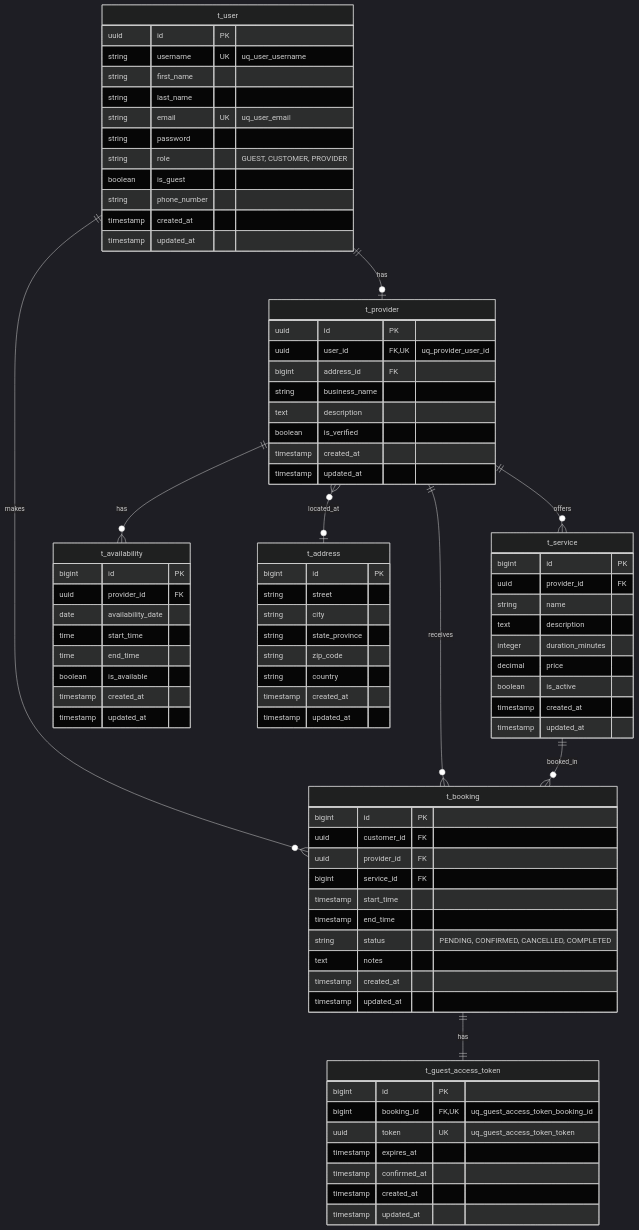
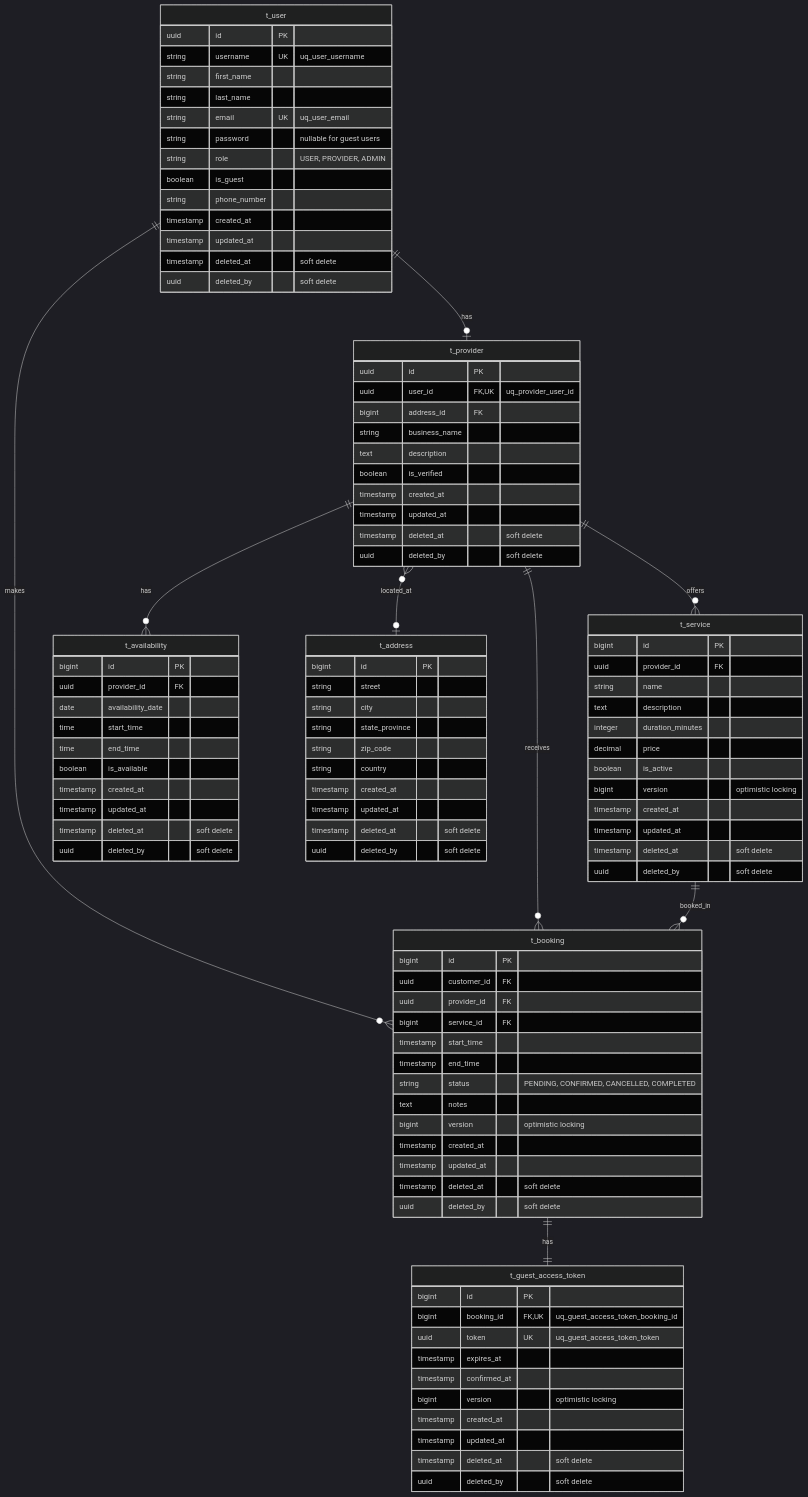
The diagram in README.md (unfinitas/bookora), drawn with Mermaid (dark theme) before and after one commit. The commit also changed other lines of this file and 51 other files, not shown here.

Commit message:
refactor: Add soft deletes, optimistic locking, and enhanced constraints

````diff
--- a/README.md
+++ b/README.md
@@ -42,12 +42,14 @@
         string first_name
         string last_name
         string email UK "uq_user_email"
-        string password
-        string role "GUEST, CUSTOMER, PROVIDER"
+        string password "nullable for guest users"
+        string role "USER, PROVIDER, ADMIN"
         boolean is_guest
         string phone_number
         timestamp created_at
         timestamp updated_at
+        timestamp deleted_at "soft delete"
+        uuid deleted_by "soft delete"
     }
 
     t_provider {
@@ -59,6 +61,8 @@
         boolean is_verified
         timestamp created_at
         timestamp updated_at
+        timestamp deleted_at "soft delete"
+        uuid deleted_by "soft delete"
     }
 
     t_address {
@@ -70,6 +74,8 @@
         string country
         timestamp created_at
         timestamp updated_at
+        timestamp deleted_at "soft delete"
+        uuid deleted_by "soft delete"
     }
 
     t_service {
@@ -80,8 +86,11 @@
         integer duration_minutes
         decimal price
         boolean is_active
+        bigint version "optimistic locking"
         timestamp created_at
         timestamp updated_at
+        timestamp deleted_at "soft delete"
+        uuid deleted_by "soft delete"
     }
 
     t_booking {
@@ -93,8 +102,11 @@
         timestamp end_time
         string status "PENDING, CONFIRMED, CANCELLED, COMPLETED"
         text notes
+        bigint version "optimistic locking"
         timestamp created_at
         timestamp updated_at
+        timestamp deleted_at "soft delete"
+        uuid deleted_by "soft delete"
     }
 
     t_availability {
@@ -106,6 +118,8 @@
         boolean is_available
         timestamp created_at
         timestamp updated_at
+        timestamp deleted_at "soft delete"
+        uuid deleted_by "soft delete"
     }
 
     t_guest_access_token {
@@ -114,7 +128,10 @@
         uuid token UK "uq_guest_access_token_token"
         timestamp expires_at
         timestamp confirmed_at
+        bigint version "optimistic locking"
         timestamp created_at
         timestamp updated_at
+        timestamp deleted_at "soft delete"
+        uuid deleted_by "soft delete"
     }
 ```
````
